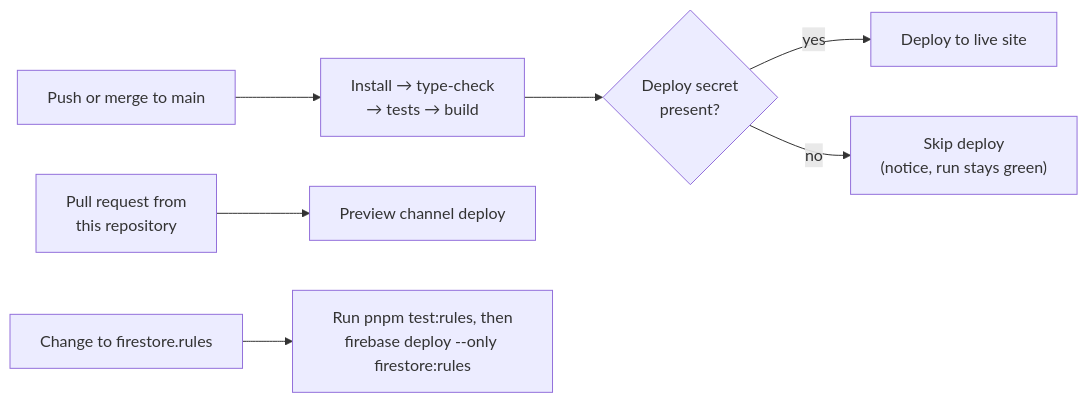
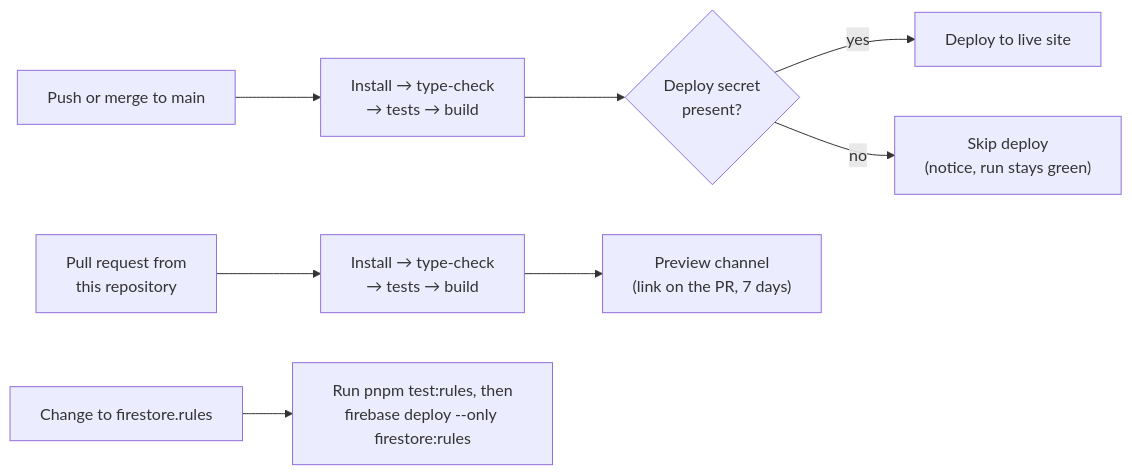
One commit to krishnnag998-del/Niyantran changed the fourth of 4 diagrams in README.md. Above: the diagram before and after it, drawn with Mermaid. The commit also changed other lines of this file and 1 other file, not shown here.

Commit message:
feat: enhance Firebase Hosting PR workflow with build, type-check, and test steps

````diff
--- a/README.md
+++ b/README.md
@@ -284,9 +284,9 @@
 ```mermaid
 flowchart LR
     Push["Push or merge to main"] --> Checks["Install → type-check<br/>→ tests → build"]
     Checks --> Cred{"Deploy secret<br/>present?"}
     Cred -->|yes| Live["Deploy to live site"]
     Cred -->|no| Skip["Skip deploy<br/>(notice, run stays green)"]
-    PR["Pull request from<br/>this repository"] --> Preview["Preview channel deploy"]
+    PR["Pull request from<br/>this repository"] --> PRChecks["Install → type-check<br/>→ tests → build"] --> Preview["Preview channel<br/>(link on the PR, 7 days)"]
     Rules["Change to firestore.rules"] --> Manual["Run pnpm test:rules, then<br/>firebase deploy --only firestore:rules"]
 ```
````
